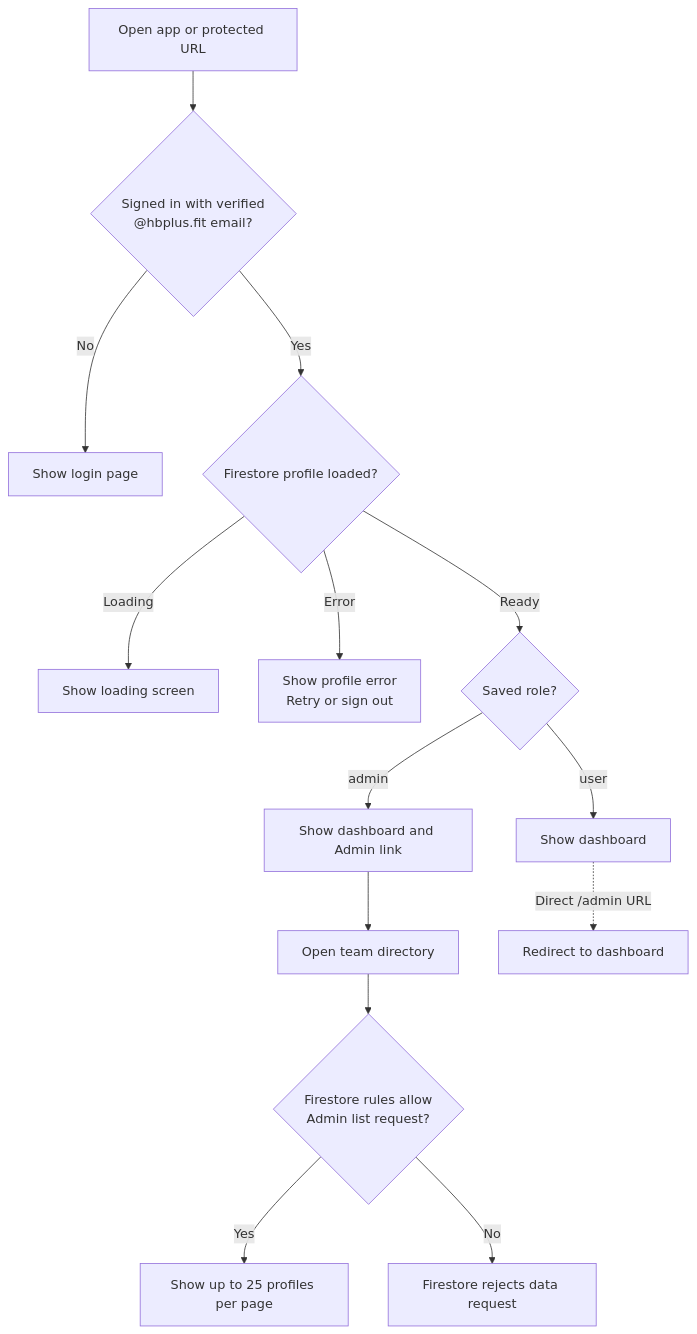
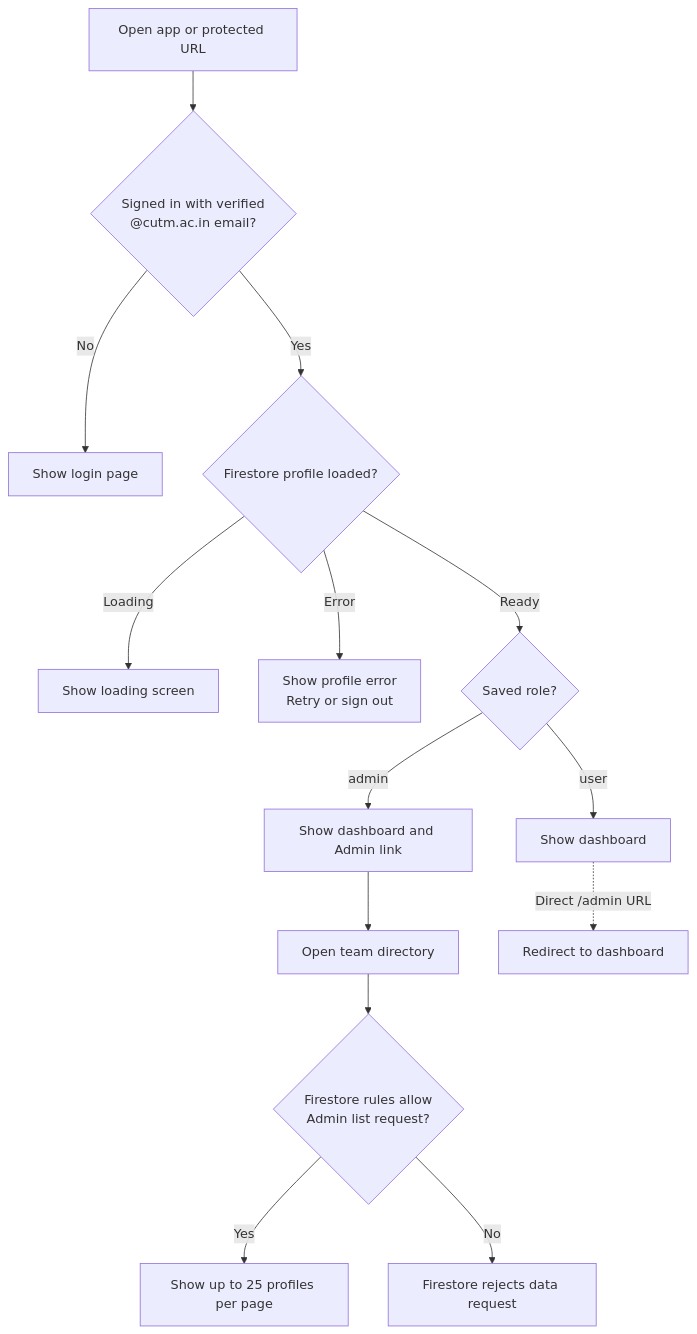
Before and after one commit to subham212/hbplus-auth: the third of 3 diagrams in README.md, drawn with Mermaid. The commit also changed other lines of this file and 11 other files, not shown here.

````diff
--- a/README.md
+++ b/README.md
@@ -116,16 +118,16 @@
 ```mermaid
 flowchart TD
-    Start[Open app or protected URL] --> Auth{Signed in with verified<br/>@hbplus.fit email?}
+    Start[Open app or protected URL] --> Auth{Signed in with verified<br/>@cutm.ac.in email?}
     Auth -- No --> Login[Show login page]
     Auth -- Yes --> Profile{Firestore profile loaded?}
     Profile -- Loading --> Wait[Show loading screen]
     Profile -- Error --> Retry[Show profile error<br/>Retry or sign out]
     Profile -- Ready --> Role{Saved role?}
     Role -- user --> UserDash[Show dashboard]
     Role -- admin --> AdminDash[Show dashboard and Admin link]
     AdminDash --> Directory[Open team directory]
     Directory --> Rules{Firestore rules allow<br/>Admin list request?}
     Rules -- Yes --> ShowTeam[Show up to 25 profiles per page]
     Rules -- No --> Denied[Firestore rejects data request]
     UserDash -. Direct /admin URL .-> Redirect[Redirect to dashboard]
 ```
````
